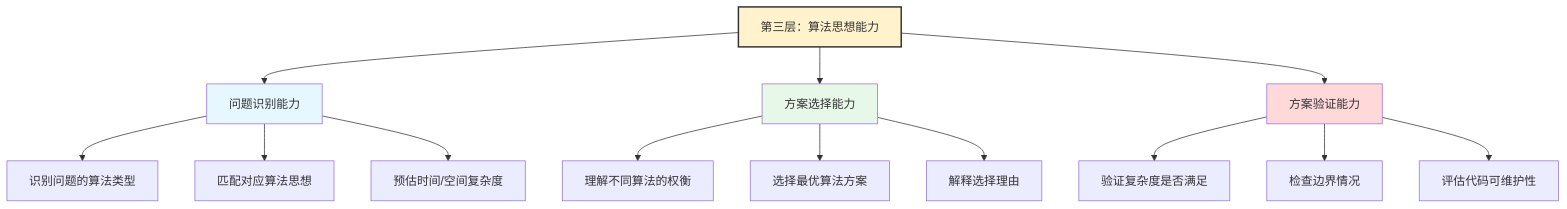
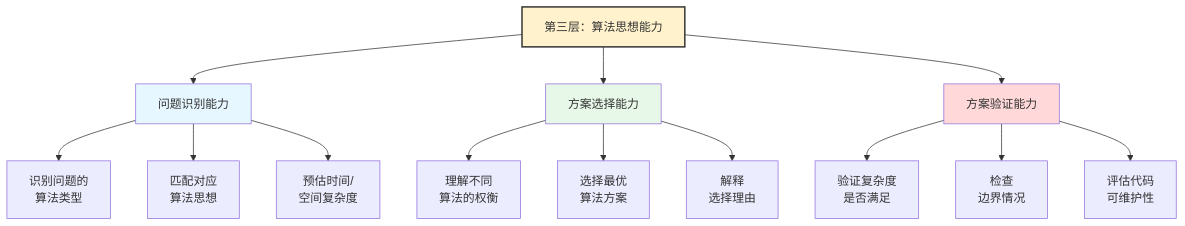
One commit to microwind/algorithms changed diagram 11 of 17 in start-here/AI-Era-Programmers-as-Agent-Engineers.md. Above: the diagram before and after it, drawn with Mermaid. The commit also changed other lines of this file and 3 other files, not shown here.

````diff
--- a/start-here/AI-Era-Programmers-as-Agent-Engineers.md
+++ b/start-here/AI-Era-Programmers-as-Agent-Engineers.md
@@ -517,25 +517,25 @@
 ```mermaid
 graph TD
     A["第三层：算法思想能力"]
 
     A --> B["问题识别能力"]
     A --> C["方案选择能力"]
     A --> D["方案验证能力"]
 
-    B --> B1["识别问题的算法类型"]
-    B --> B2["匹配对应算法思想"]
-    B --> B3["预估时间/空间复杂度"]
+    B --> B1["识别问题的<br>算法类型"]
+    B --> B2["匹配对应<br>算法思想"]
+    B --> B3["预估时间/<br>空间复杂度"]
 
-    C --> C1["理解不同算法的权衡"]
-    C --> C2["选择最优算法方案"]
-    C --> C3["解释选择理由"]
+    C --> C1["理解不同<br>算法的权衡"]
+    C --> C2["选择最优<br>算法方案"]
+    C --> C3["解释<br>选择理由"]
 
-    D --> D1["验证复杂度是否满足"]
-    D --> D2["检查边界情况"]
-    D --> D3["评估代码可维护性"]
+    D --> D1["验证复杂度<br>是否满足"]
+    D --> D2["检查<br>边界情况"]
+    D --> D3["评估代码<br>可维护性"]
 
     style A fill:#FFF2CC,stroke:#333,stroke-width:2px
     style B fill:#E6F7FF
     style C fill:#E8F8E8
     style D fill:#FFD9D9
 ```
````
